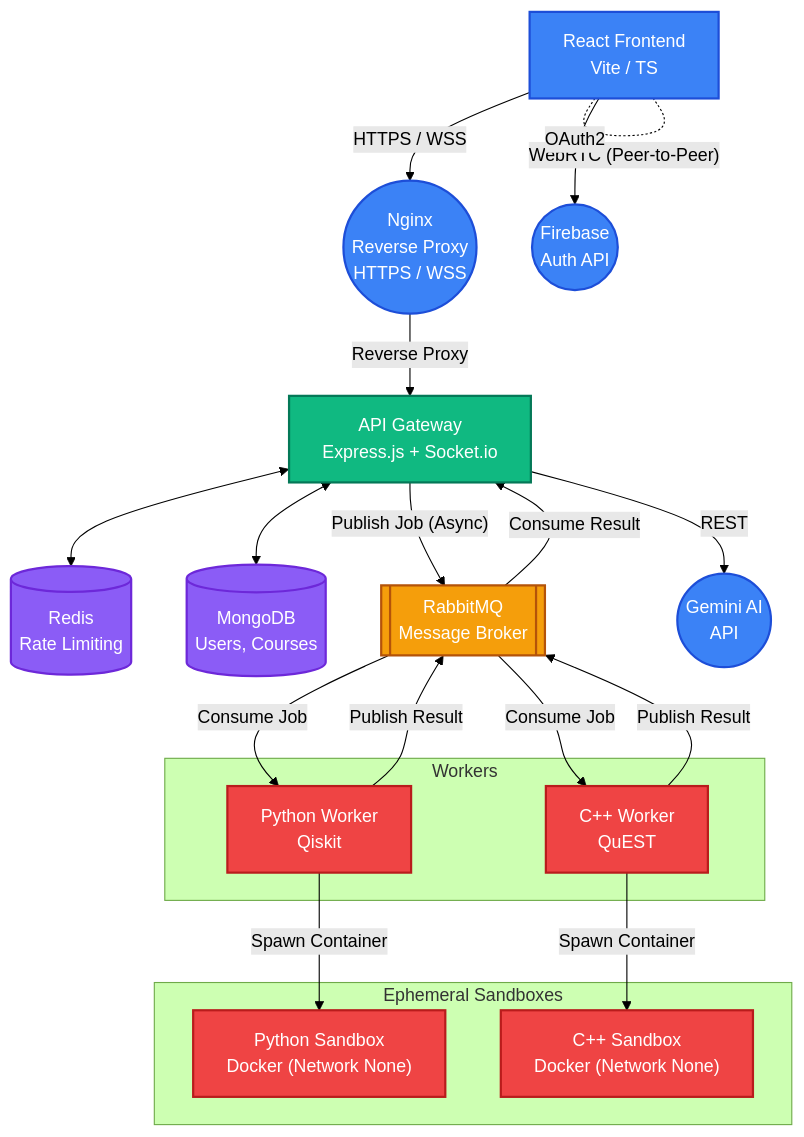
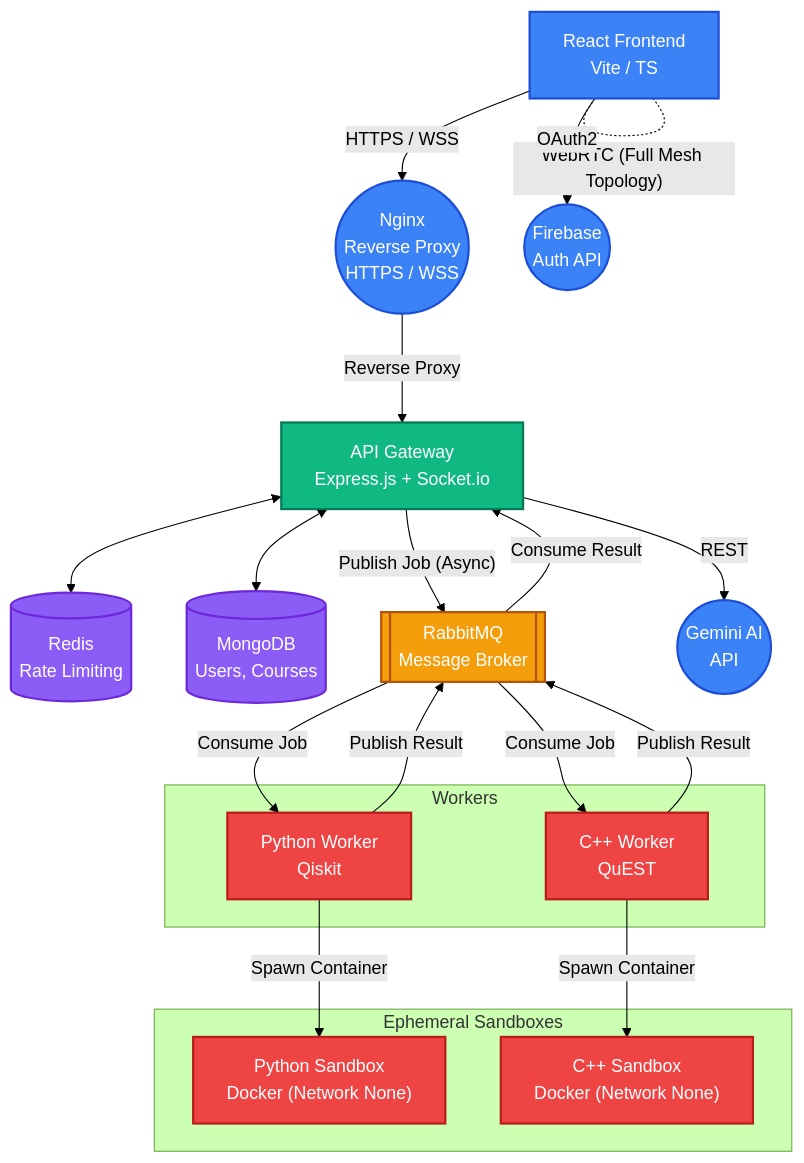
Before and after one commit to Ashutosh-kumar-06/QuantumEdge: the diagram in README.md, drawn with Mermaid (forest theme). The commit also changed other lines of this file and 1 other file, not shown here.

Commit message:
docs: correct WebRTC to Full Mesh Topology

````diff
--- a/README.md
+++ b/README.md
@@ -66,50 +66,50 @@
 ```mermaid
 graph TD
     %% Define styles
     classDef client fill:#3b82f6,stroke:#1d4ed8,stroke-width:2px,color:#fff
     classDef api fill:#10b981,stroke:#047857,stroke-width:2px,color:#fff
     classDef queue fill:#f59e0b,stroke:#b45309,stroke-width:2px,color:#fff
     classDef db fill:#8b5cf6,stroke:#6d28d9,stroke-width:2px,color:#fff
     classDef worker fill:#ef4444,stroke:#b91c1c,stroke-width:2px,color:#fff
 
     %% Components
     Client[React Frontend<br/>Vite / TS]:::client
     Nginx((Nginx<br/>Reverse Proxy<br/>HTTPS / WSS)):::client
     API[API Gateway<br/>Express.js + Socket.io]:::api
     Redis[(Redis<br/>Rate Limiting)]:::db
     Mongo[(MongoDB<br/>Users, Courses)]:::db
     RabbitMQ[[RabbitMQ<br/>Message Broker]]:::queue
     Firebase((Firebase<br/>Auth API)):::client
     Gemini((Gemini AI<br/>API)):::client
     
     subgraph Workers
         PyWorker[Python Worker<br/>Qiskit]:::worker
         CppWorker[C++ Worker<br/>QuEST]:::worker
     end
 
     subgraph Ephemeral Sandboxes
         PySandbox["Python Sandbox<br/>Docker (Network None)"]:::worker
         CppSandbox["C++ Sandbox<br/>Docker (Network None)"]:::worker
     end
 
     %% Flow
-    Client -. "WebRTC (Peer-to-Peer)" .- Client
+    Client -. "WebRTC (Full Mesh Topology)" .- Client
     Client -- "OAuth2" --> Firebase
     Client -- "HTTPS / WSS" --> Nginx
     Nginx -- "Reverse Proxy" --> API
     API <--> Redis
     API <--> Mongo
     API -- "REST" --> Gemini
     
     API -- "Publish Job (Async)" --> RabbitMQ
     RabbitMQ -- "Consume Job" --> PyWorker
     RabbitMQ -- "Consume Job" --> CppWorker
     
     PyWorker -- "Spawn Container" --> PySandbox
     CppWorker -- "Spawn Container" --> CppSandbox
     
     PyWorker -- "Publish Result" --> RabbitMQ
     CppWorker -- "Publish Result" --> RabbitMQ
     
     RabbitMQ -- "Consume Result" --> API
 ```
````
